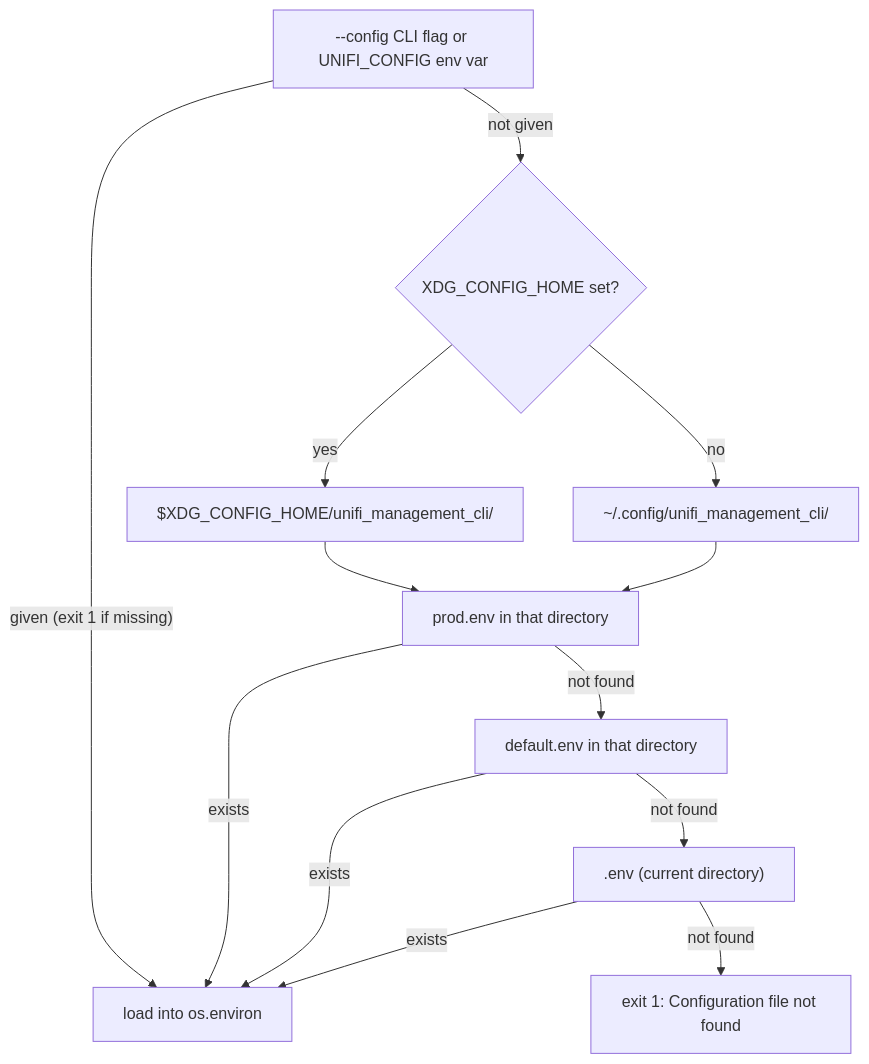
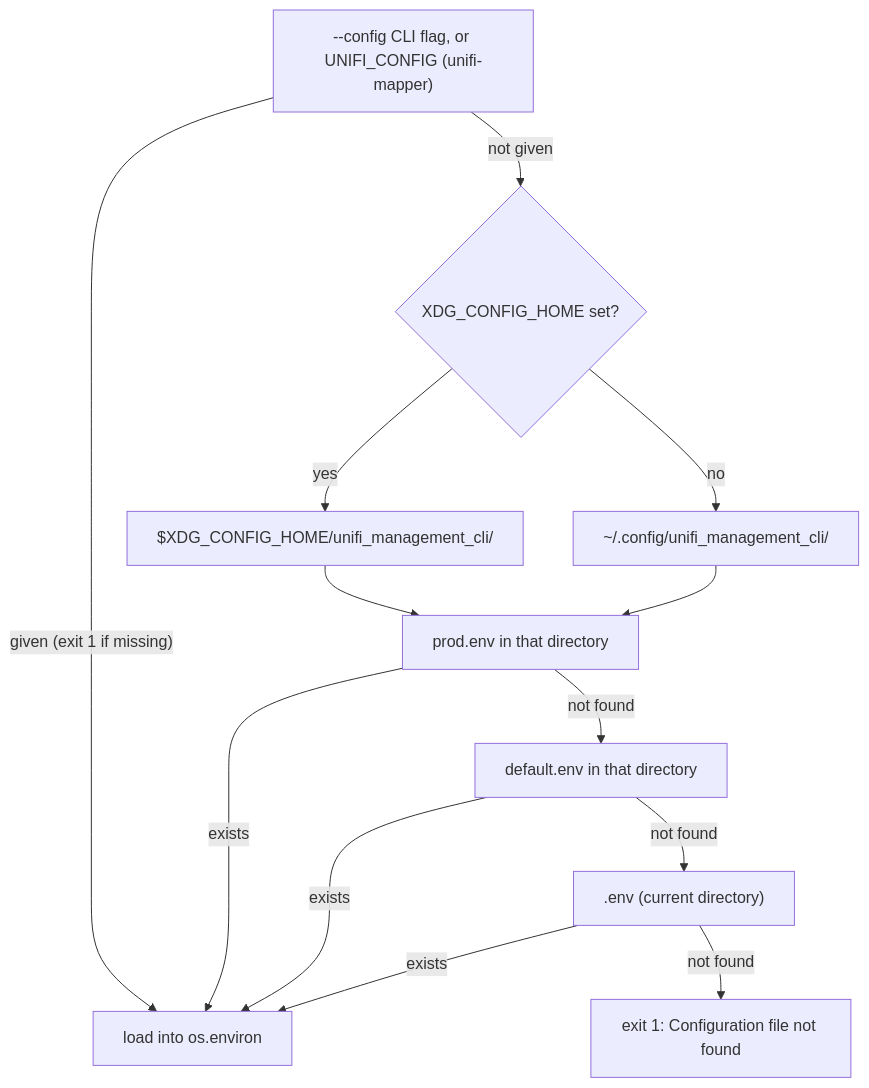
Before and after one commit to NetDevAutomate/unifi_management_cli: diagram 21 of 21 in docs/architecture/architecture-overview.md, drawn with Mermaid. The commit also changed other lines of this file and 2 other files, not shown here.

First line of the commit message:
docs(architecture): correct config, client, layer and topology claims

````diff
--- a/docs/architecture/architecture-overview.md
+++ b/docs/architecture/architecture-overview.md
@@ -1473,25 +1472,25 @@
 ```mermaid
 flowchart TD
-    EnvCli["--config CLI flag or UNIFI_CONFIG env var"]
+    EnvCli["--config CLI flag, or UNIFI_CONFIG (unifi-mapper)"]
     HasXdg{"XDG_CONFIG_HOME set?"}
     XdgDir["$XDG_CONFIG_HOME/unifi_management_cli/"]
     HomeDir["~/.config/unifi_management_cli/"]
     Prod["prod.env in that directory"]
     Def["default.env in that directory"]
     DotEnv[".env (current directory)"]
     Missing["exit 1: Configuration file not found"]
     Load["load into os.environ"]
 
     EnvCli -->|"given (exit 1 if missing)"| Load
     EnvCli -->|"not given"| HasXdg
     HasXdg -->|"yes"| XdgDir
     HasXdg -->|"no"| HomeDir
     XdgDir --> Prod
     HomeDir --> Prod
     Prod -->|"exists"| Load
     Prod -->|"not found"| Def
     Def -->|"exists"| Load
     Def -->|"not found"| DotEnv
     DotEnv -->|"exists"| Load
     DotEnv -->|"not found"| Missing
 ```
````
